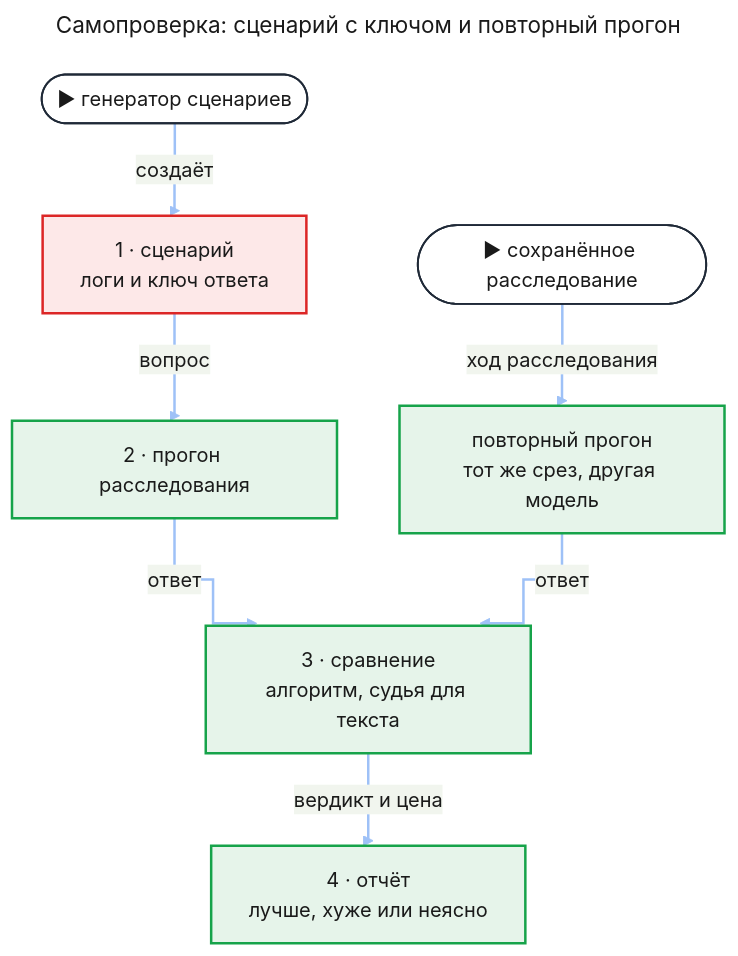
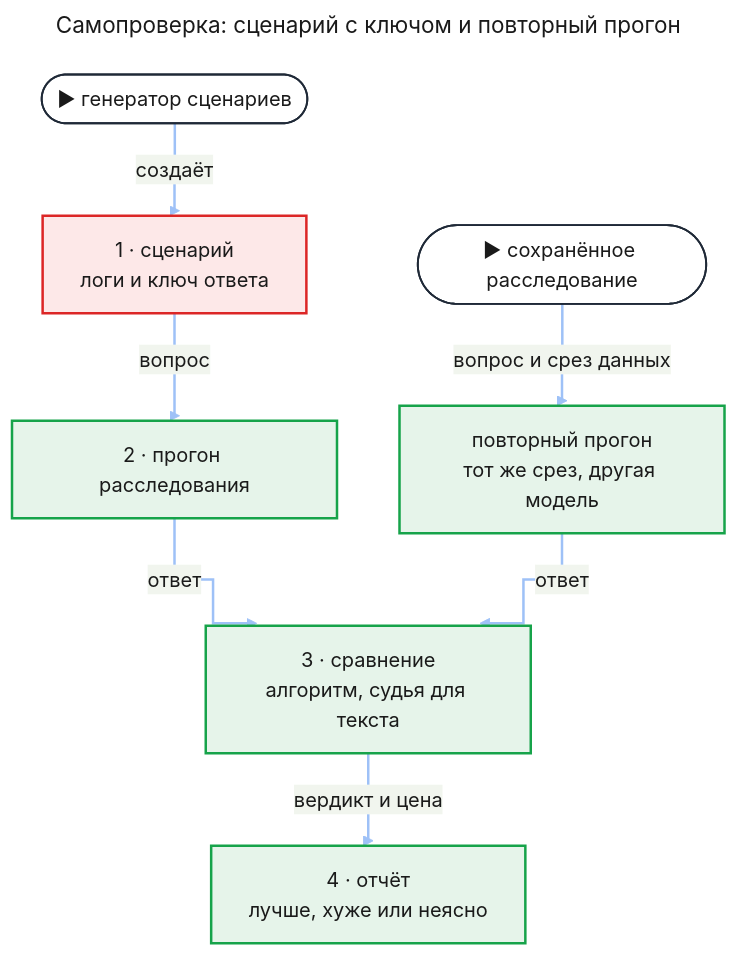
Before and after one commit to tundraray/agent-os: the sixth of 10 diagrams in docs/features/agent-quality/prd.md, drawn with Mermaid. The commit also changed other lines of this file, not shown here.

````diff
--- a/docs/features/agent-quality/prd.md
+++ b/docs/features/agent-quality/prd.md
@@ -357,49 +358,49 @@
 ```mermaid
 ---
 title: "Самопроверка: сценарий с ключом и повторный прогон"
 config:
   theme: base
   look: classic
   themeVariables:
     primaryColor: "#eef1f5"
     primaryBorderColor: "#4b5563"
     primaryTextColor: "#1a1a1a"
     lineColor: "#6b7280"
   flowchart:
     curve: step
   themeCSS: |
     @keyframes litr_sc{0%,15%{stroke:#1d4ed8;stroke-width:6px}16.7%,100%{stroke:#9ec1f7;stroke-width:2px}}
 ---
 flowchart TB
     gen(["▶ генератор сценариев"])
     sc["1 · сценарий<br/>логи и ключ ответа"]
     run["2 · прогон расследования"]
     saved(["▶ сохранённое расследование"])
     rep["повторный прогон<br/>тот же срез, другая модель"]
     cmp["3 · сравнение<br/>алгоритм, судья для текста"]
     rpt["4 · отчёт<br/>лучше, хуже или неясно"]
     gen e1@-->|"создаёт"| sc
     sc e2@-->|"вопрос"| run
     run e3@-->|"ответ"| cmp
     cmp e4@-->|"вердикт и цена"| rpt
-    saved e5@-->|"ход расследования"| rep
+    saved e5@-->|"вопрос и срез данных"| rep
     rep e6@-->|"ответ"| cmp
     classDef entry fill:#ffffff,stroke:#1f2937,stroke-width:1.5px,color:#1a1a1a
     classDef new fill:#e6f4ea,stroke:#16a34a,stroke-width:2px,color:#1a1a1a
     classDef changed fill:#fde8e8,stroke:#dc2626,stroke-width:2px,color:#1a1a1a
     classDef r1 stroke:#9ec1f7,stroke-width:2px,animation:litr_sc 7.2s linear 0s infinite
     classDef r2 stroke:#9ec1f7,stroke-width:2px,animation:litr_sc 7.2s linear 1.2s infinite
     classDef r3 stroke:#9ec1f7,stroke-width:2px,animation:litr_sc 7.2s linear 2.4s infinite
     classDef r4 stroke:#9ec1f7,stroke-width:2px,animation:litr_sc 7.2s linear 3.6s infinite
     classDef r5 stroke:#9ec1f7,stroke-width:2px,animation:litr_sc 7.2s linear 4.8s infinite
     classDef r6 stroke:#9ec1f7,stroke-width:2px,animation:litr_sc 7.2s linear 6s infinite
     class gen,saved entry
     class sc changed
     class run,rep,cmp,rpt new
     class e1 r1
     class e2 r2
     class e3 r3
     class e4 r4
     class e5 r5
     class e6 r6
 ```
````
